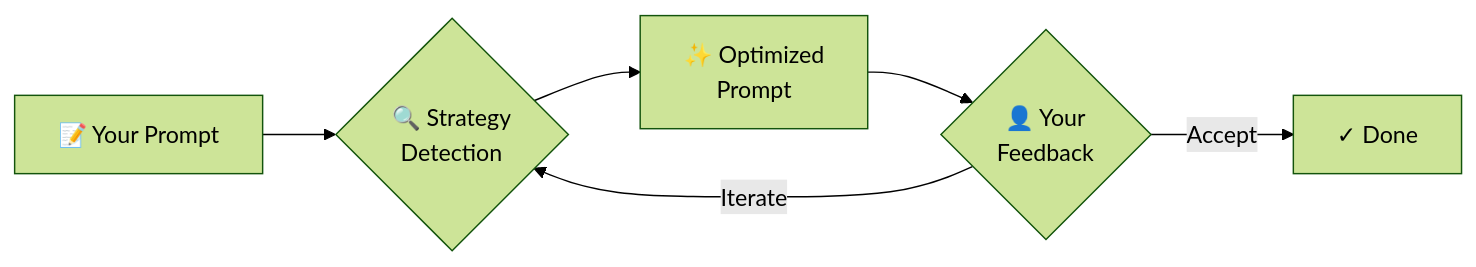
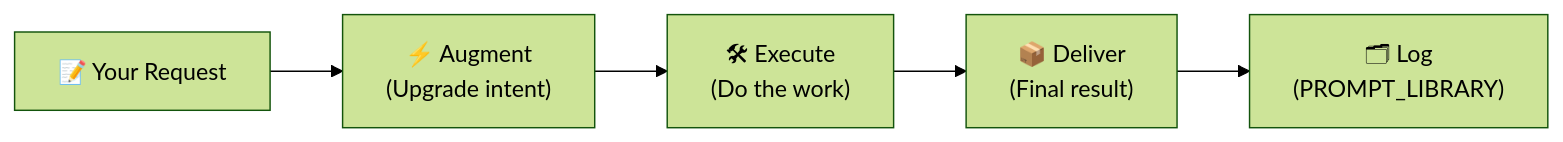
Before and after one commit to EdwinjJ1/chiron-prompt: the diagram in README.md, drawn with Mermaid (forest theme). The commit also changed other lines of this file and 12 other files, not shown here.

````diff
--- a/README.md
+++ b/README.md
@@ -19,8 +19,7 @@
 ```mermaid
 flowchart LR
-    A["📝 Your Prompt"] --> B{"🔍 Strategy<br/>Detection"}
-    B --> C["✨ Optimized<br/>Prompt"]
-    C --> D{"👤 Your<br/>Feedback"}
-    D -->|"Iterate"| B
-    D -->|"Accept"| E["✓ Done"]
+    A["📝 Your Request"] --> B["⚡ Augment\n(Upgrade intent)"]
+    B --> C["🛠 Execute\n(Do the work)"]
+    C --> D["📦 Deliver\n(Final result)"]
+    D --> E["🗂 Log\n(PROMPT_LIBRARY)"]
 ```
````
